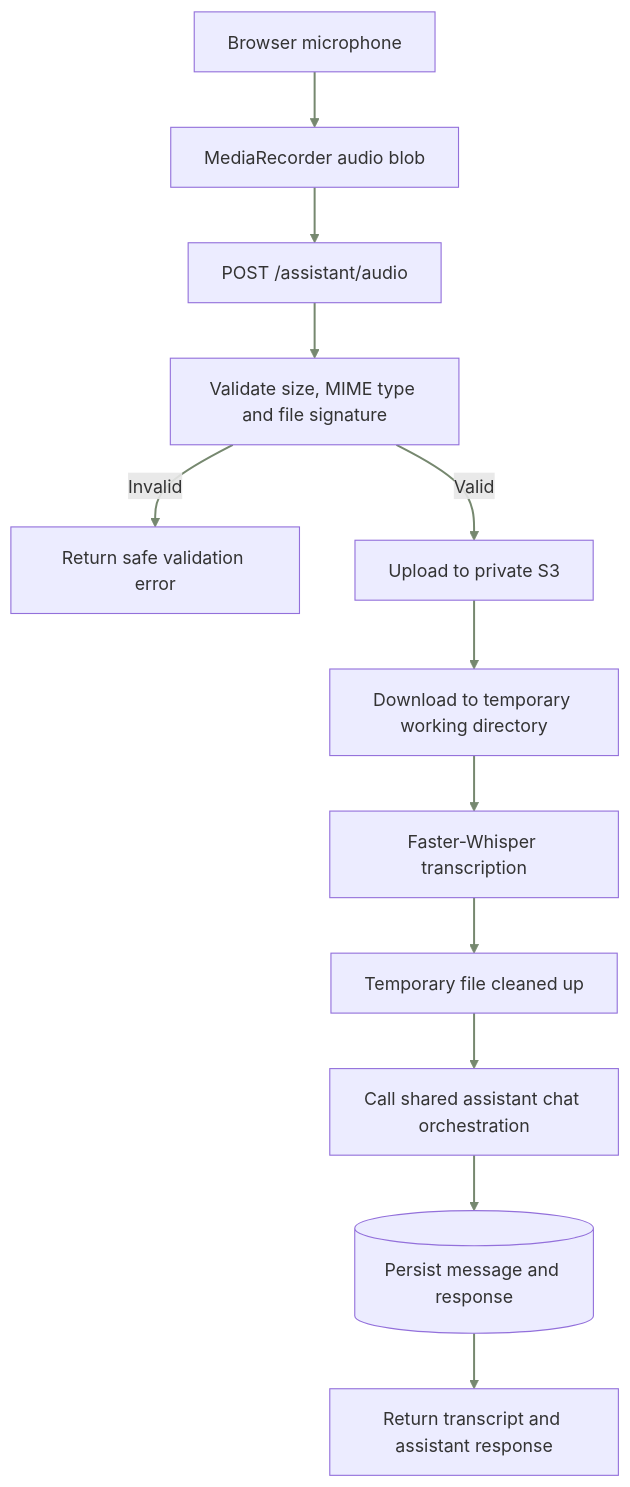
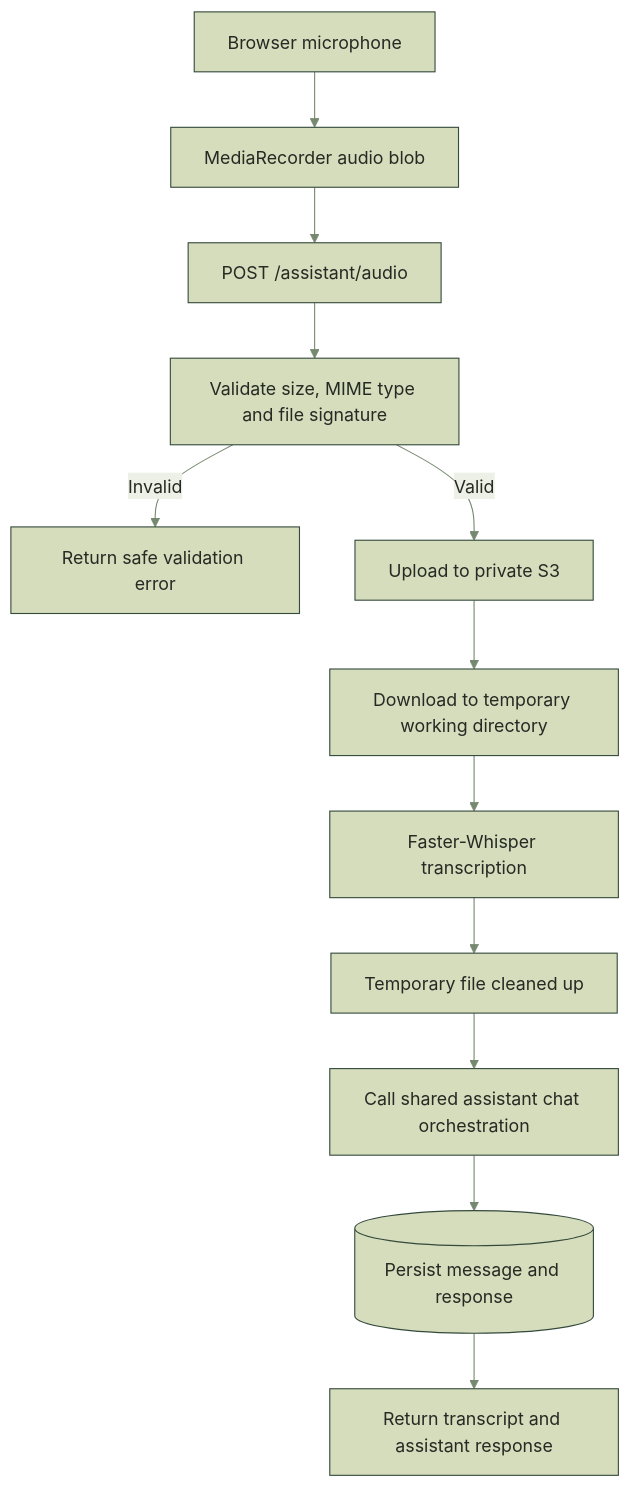
One commit to SwekcchaCornicle/apnasathi-ai changed diagram 12 of 15 in README.md. Above: the diagram before and after it, drawn with Mermaid. The commit also changed other lines of this file and 2 other files, not shown here.

````diff
--- a/README.md
+++ b/README.md
@@ -1273,23 +1164,15 @@
 ```mermaid
+  %%{init: {"theme":"base","themeVariables":{"primaryColor":"#D5DDBD","primaryTextColor":"#252A23","primaryBorderColor":"#354A3B","lineColor":"#76886F","secondaryColor":"#EDF0E6","tertiaryColor":"#F2E4D2","background":"#FBFAF7","fontFamily":"Inter, Arial"}}}%%
 flowchart TD
-  classDef forest fill:#354a3b,stroke:#354a3b,color:#fbfaf7,stroke-width:2px;
-  classDef green fill:#405a46,stroke:#354a3b,color:#fbfaf7,stroke-width:1.8px;
-  classDef sage fill:#d5ddbd,stroke:#76886f,color:#252a23,stroke-width:1.5px;
-  classDef pale fill:#edf0e6,stroke:#647a63,color:#252a23,stroke-width:1.5px;
-  classDef sand fill:#f2e4d2,stroke:#d5a874,color:#252a23,stroke-width:1.5px;
-  classDef paper fill:#fbfaf7,stroke:#9a9a8f,color:#252a23,stroke-width:1.3px;
-  classDef external fill:#f2f1ed,stroke:#b5b4a9,color:#252a23,stroke-width:1.3px;
-  linkStyle default stroke:#76886f,stroke-width:1.8px;
-  class MIC pale;
     MIC[Browser microphone] --> BLOB[MediaRecorder audio blob]
     BLOB --> API[POST /assistant/audio]
     API --> CHECK[Validate size, MIME type and file signature]
     CHECK -->|Invalid| ERROR[Return safe validation error]
     CHECK -->|Valid| S3[Upload to private S3]
     S3 --> TEMP[Download to temporary working directory]
     TEMP --> WHISPER[Faster-Whisper transcription]
     WHISPER --> CLEAN[Temporary file cleaned up]
     CLEAN --> CHAT[Call shared assistant chat orchestration]
     CHAT --> DB[(Persist message and response)]
     DB --> RESULT[Return transcript and assistant response]
 ```
````
